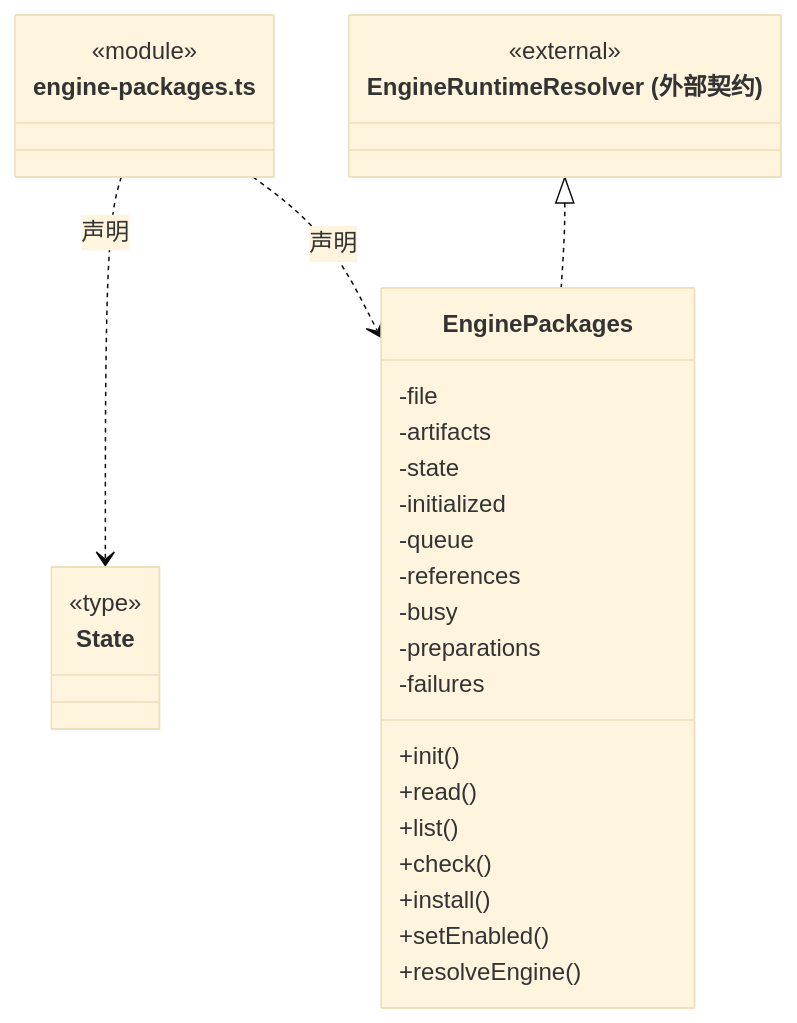
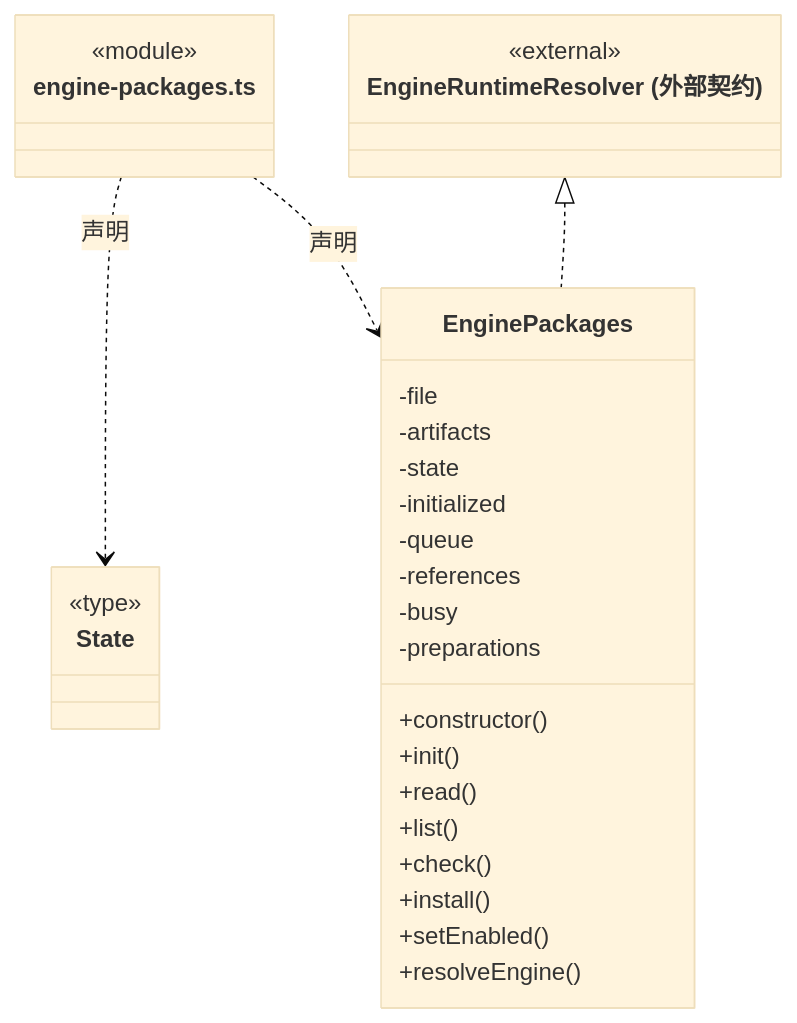
The first of 4 diagrams in src/logic/engines/packages/ARCHITECTURE.md (nan023062/cbim), drawn with Mermaid (base theme) before and after one commit. The commit also changed other lines of this file and 139 other files, not shown here.

Commit message:
docs(architecture): add source reading paths and complete file inventories

````diff
--- a/src/logic/engines/packages/ARCHITECTURE.md
+++ b/src/logic/engines/packages/ARCHITECTURE.md
@@ -22,34 +26,34 @@
 ```mermaid
 classDiagram
 class N_src_logic_engines_packages_engine_packages_ts["engine-packages.ts"] {
   <<module>>
 }
 class N_src_logic_engines_packages_engine_packages_ts_State["State"] {
   <<type>>
 
 }
 N_src_logic_engines_packages_engine_packages_ts ..> N_src_logic_engines_packages_engine_packages_ts_State : 声明
 class N_src_logic_engines_packages_engine_packages_ts_EnginePackages["EnginePackages"] {
+  +constructor()
   +init()
   +read()
   +list()
   +check()
   +install()
   +setEnabled()
   +resolveEngine()
   -file
   -artifacts
   -state
   -initialized
   -queue
   -references
   -busy
   -preparations
-  -failures
 }
 N_src_logic_engines_packages_engine_packages_ts ..> N_src_logic_engines_packages_engine_packages_ts_EnginePackages : 声明
 class N_src_logic_engines_packages_engine_packages_ts_external_EngineRuntimeResolver["EngineRuntimeResolver (外部契约)"] {
   <<external>>
 }
 N_src_logic_engines_packages_engine_packages_ts_external_EngineRuntimeResolver <|.. N_src_logic_engines_packages_engine_packages_ts_EnginePackages
 ```
````
